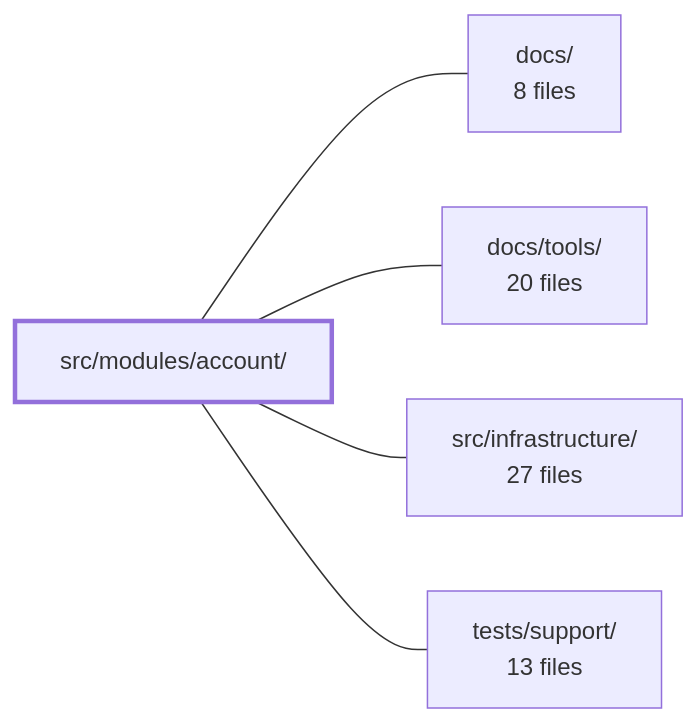
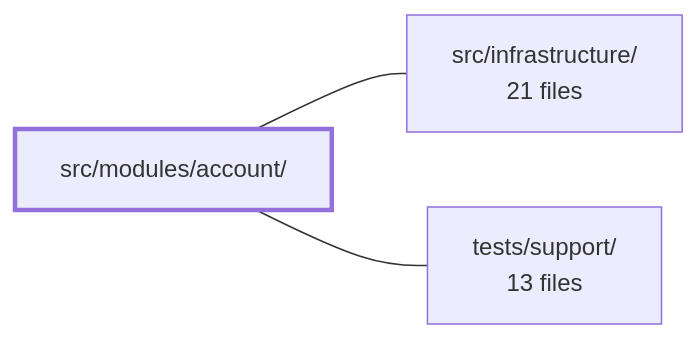
The diagram in .2repo/modules/boilerplate-vue-frontend_src_modules_account.md (Guebbit/boilerplate-vue-frontend), drawn with Mermaid before and after one commit. The commit also changed other lines of this file and 335 other files, not shown here.

````diff
--- a/.2repo/modules/boilerplate-vue-frontend_src_modules_account.md
+++ b/.2repo/modules/boilerplate-vue-frontend_src_modules_account.md
@@ -38,13 +37,9 @@
 ```mermaid
 flowchart LR
     m_src_modules_account["src/modules/account/"]
-    m_docs["docs/<br/>8 files"]
-    m_docs_tools["docs/tools/<br/>20 files"]
-    m_src_infrastructure["src/infrastructure/<br/>27 files"]
+    m_src_infrastructure["src/infrastructure/<br/>21 files"]
     m_tests_support["tests/support/<br/>13 files"]
-    m_src_modules_account --- m_docs
-    m_src_modules_account --- m_docs_tools
     m_src_modules_account --- m_src_infrastructure
     m_src_modules_account --- m_tests_support
     style m_src_modules_account stroke-width:3px
 ```
````
